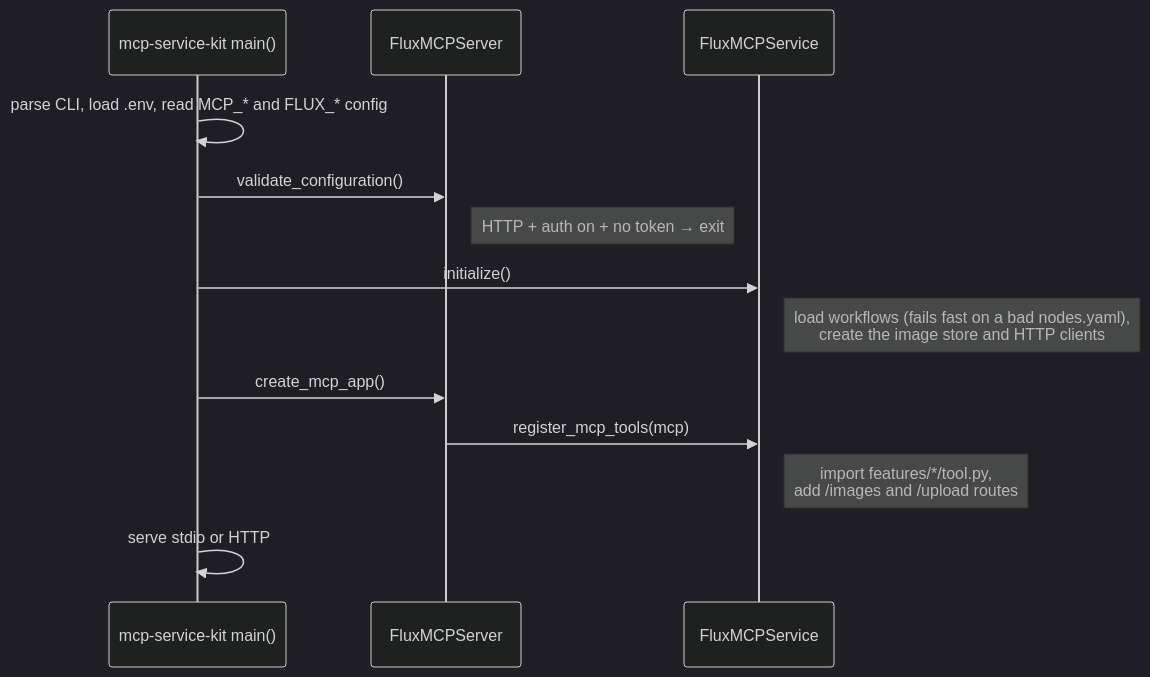
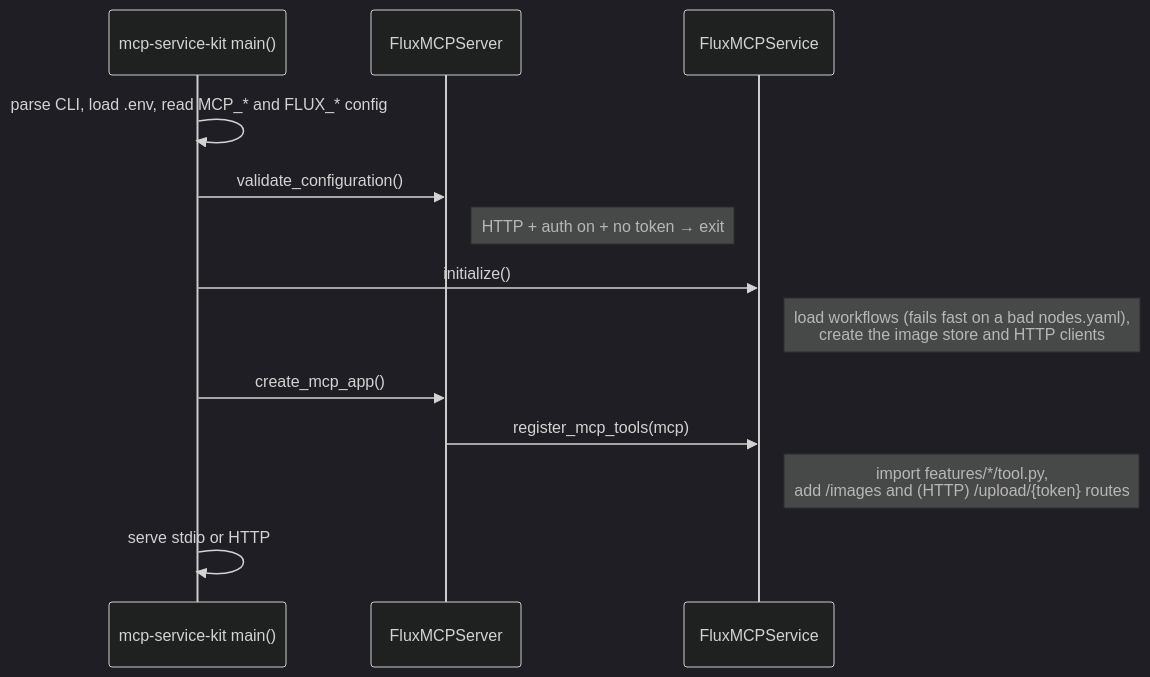
The tenth of 10 diagrams in docs/ARCHITECTURE.md (geosp/flux-mcp), drawn with Mermaid (dark theme) before and after one commit. The commit also changed other lines of this file and 14 other files, not shown here.

First line of the commit message:
Replace master-token uploads with short-lived upload links

````diff
--- a/docs/ARCHITECTURE.md
+++ b/docs/ARCHITECTURE.md
@@ -261,16 +296,16 @@
 ```mermaid
 sequenceDiagram
     participant K as mcp-service-kit main()
     participant Srv as FluxMCPServer
     participant Svc as FluxMCPService
 
     K->>K: parse CLI, load .env, read MCP_* and FLUX_* config
     K->>Srv: validate_configuration()
     Note right of Srv: HTTP + auth on + no token → exit
     K->>Svc: initialize()
     Note right of Svc: load workflows (fails fast on a bad nodes.yaml),<br/>create the image store and HTTP clients
     K->>Srv: create_mcp_app()
     Srv->>Svc: register_mcp_tools(mcp)
-    Note right of Svc: import features/*/tool.py,<br/>add /images and /upload routes
+    Note right of Svc: import features/*/tool.py,<br/>add /images and (HTTP) /upload/{token} routes
     K->>K: serve stdio or HTTP
 ```
````
